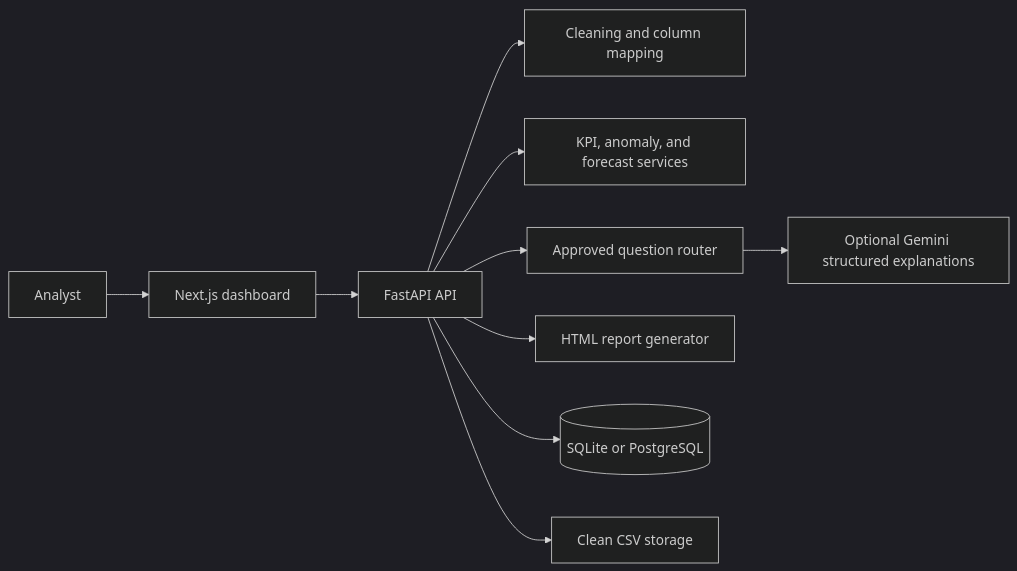
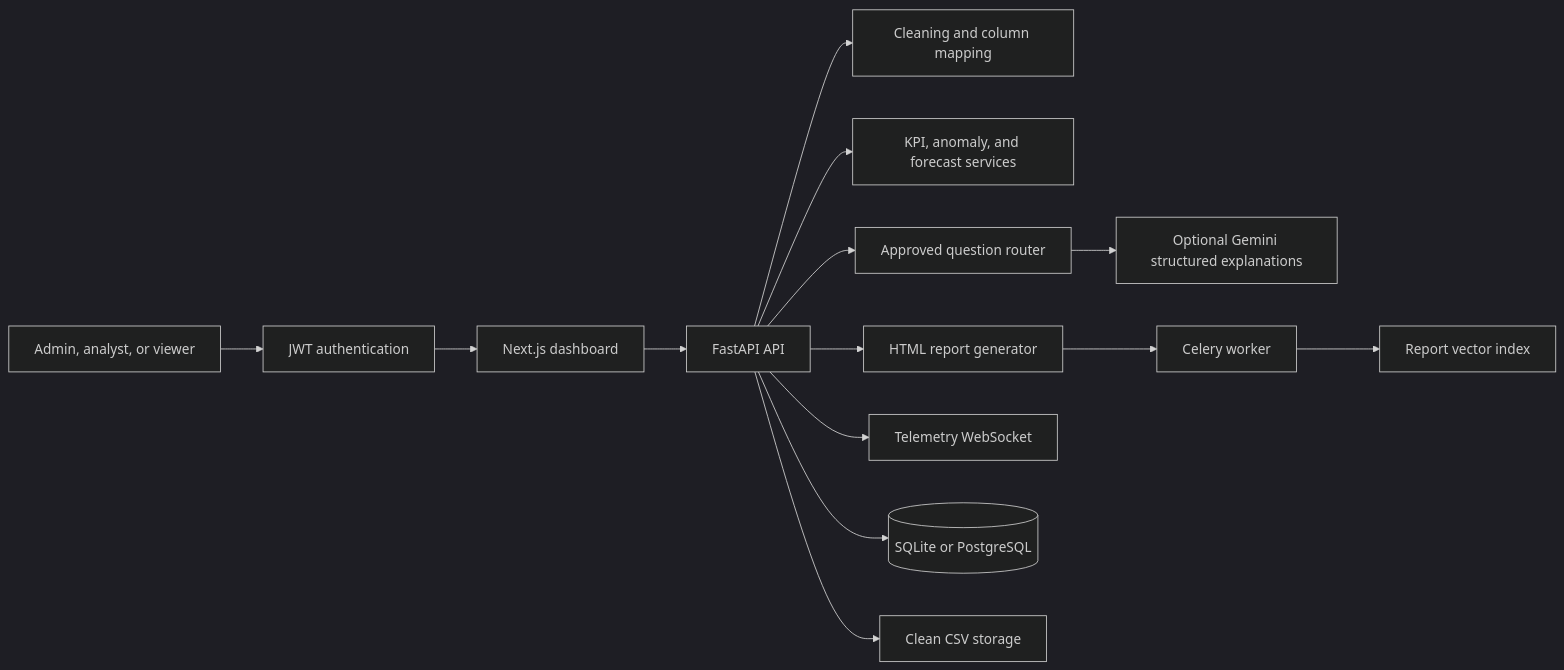
Before and after one commit to ammar081/AI-Energy-Data-Analyst: the diagram in README.md, drawn with Mermaid (dark theme). The commit also changed other lines of this file and 39 other files, not shown here.

````diff
--- a/README.md
+++ b/README.md
@@ -59,12 +68,16 @@
 ```mermaid
 flowchart LR
-  User["Analyst"] --> UI["Next.js dashboard"]
+  User["Admin, analyst, or viewer"] --> Auth["JWT authentication"]
+  Auth --> UI["Next.js dashboard"]
   UI --> API["FastAPI API"]
   API --> Clean["Cleaning and column mapping"]
   API --> Analytics["KPI, anomaly, and forecast services"]
   API --> Router["Approved question router"]
   Router --> AI["Optional Gemini structured explanations"]
   API --> Report["HTML report generator"]
+  Report --> Worker["Celery worker"]
+  Worker --> Search["Report vector index"]
+  API --> Stream["Telemetry WebSocket"]
   API --> DB[("SQLite or PostgreSQL")]
   API --> Files["Clean CSV storage"]
 ```
````
